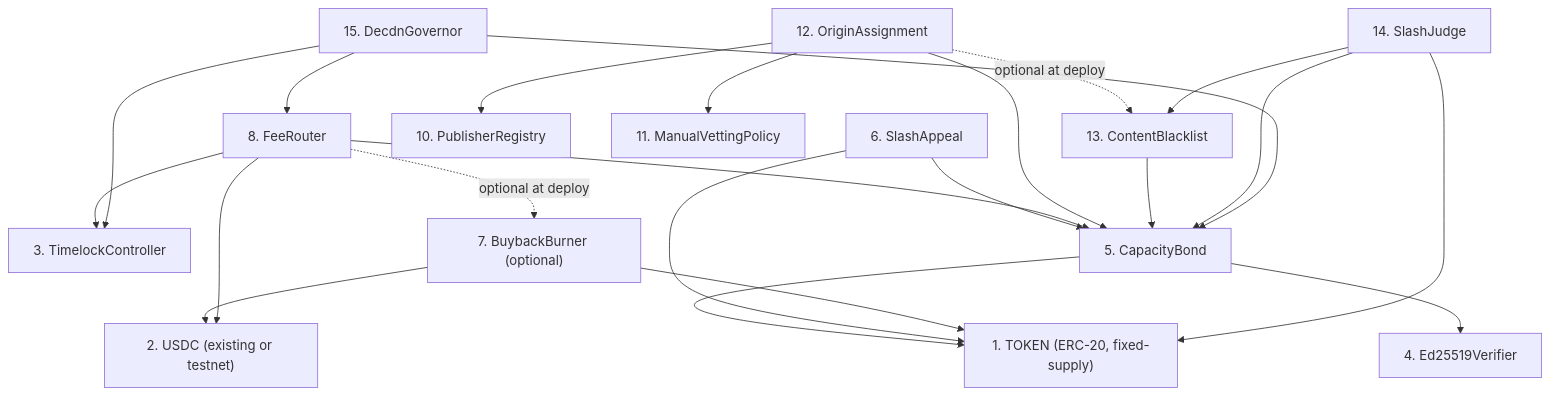
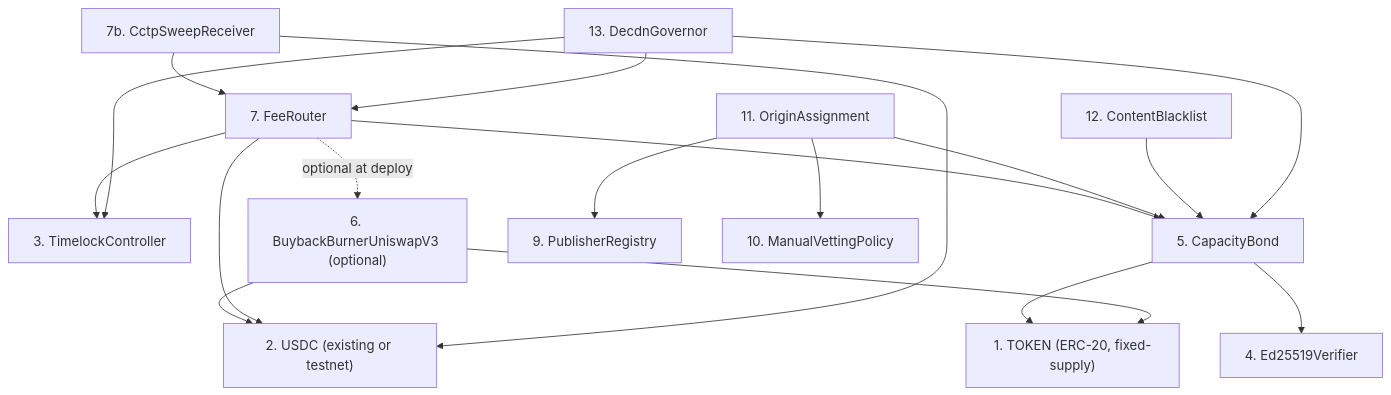
The second of 5 diagrams in adr/016-contract-interactions.md (decdn/decdn), drawn with Mermaid before and after one commit. The commit also changed other lines of this file and 299 other files, not shown here.

````diff
--- a/adr/016-contract-interactions.md
+++ b/adr/016-contract-interactions.md
@@ -341,39 +326,34 @@
 ```mermaid
 graph TD
     TOKEN["1. TOKEN (ERC-20, fixed-supply)"]
     USDC["2. USDC (existing or testnet)"]
     TL["3. TimelockController"]
     ED["4. Ed25519Verifier"]
     CBOND["5. CapacityBond"]
-    SA["6. SlashAppeal"]
-    BB["7. BuybackBurner (optional)"]
-    FR["8. FeeRouter"]
-    PR["10. PublisherRegistry"]
-    MVP["11. ManualVettingPolicy"]
-    OA["12. OriginAssignment"]
-    CB["13. ContentBlacklist"]
-    SJ["14. SlashJudge"]
-    GOV["15. DecdnGovernor"]
+    BB["6. BuybackBurnerUniswapV3 (optional)"]
+    FR["7. FeeRouter"]
+    CSR["7b. CctpSweepReceiver"]
+    PR["9. PublisherRegistry"]
+    MVP["10. ManualVettingPolicy"]
+    OA["11. OriginAssignment"]
+    CB["12. ContentBlacklist"]
+    GOV["13. DecdnGovernor"]
 
     CBOND --> TOKEN
     CBOND --> ED
-    SA --> TOKEN
-    SA --> CBOND
     BB --> TOKEN
     BB --> USDC
     FR --> USDC
     FR --> TL
     FR --> CBOND
     FR -.->|"optional at deploy"| BB
+    CSR --> FR
+    CSR --> USDC
     OA --> CBOND
     OA --> PR
-    OA -.->|"optional at deploy"| CB
     OA --> MVP
     CB --> CBOND
-    SJ --> CBOND
-    SJ --> TOKEN
-    SJ --> CB
     GOV --> CBOND
     GOV --> FR
     GOV --> TL
 ```
````
